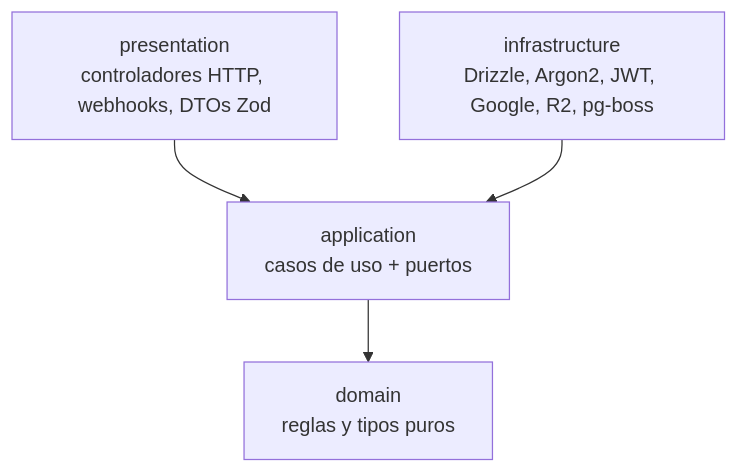
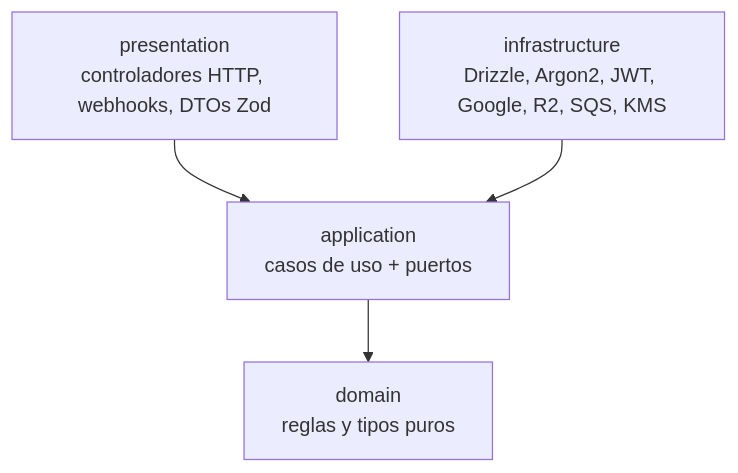
One commit to AldoRxz/Escala-Ticbo-backend changed the second of 7 diagrams in docs/architecture/backend-design.md. Above: the diagram before and after it, drawn with Mermaid. The commit also changed other lines of this file and 1 other file, not shown here.

Commit message:
Document Lambda, SQS and Supabase deployment architecture

````diff
--- a/docs/architecture/backend-design.md
+++ b/docs/architecture/backend-design.md
@@ -91,6 +101,6 @@
 ```mermaid
 flowchart TB
   P[presentation<br/>controladores HTTP, webhooks, DTOs Zod] --> A
-  I[infrastructure<br/>Drizzle, Argon2, JWT, Google, R2, pg-boss] --> A
+  I[infrastructure<br/>Drizzle, Argon2, JWT, Google, R2, SQS, KMS] --> A
   A[application<br/>casos de uso + puertos] --> D[domain<br/>reglas y tipos puros]
 ```
````
